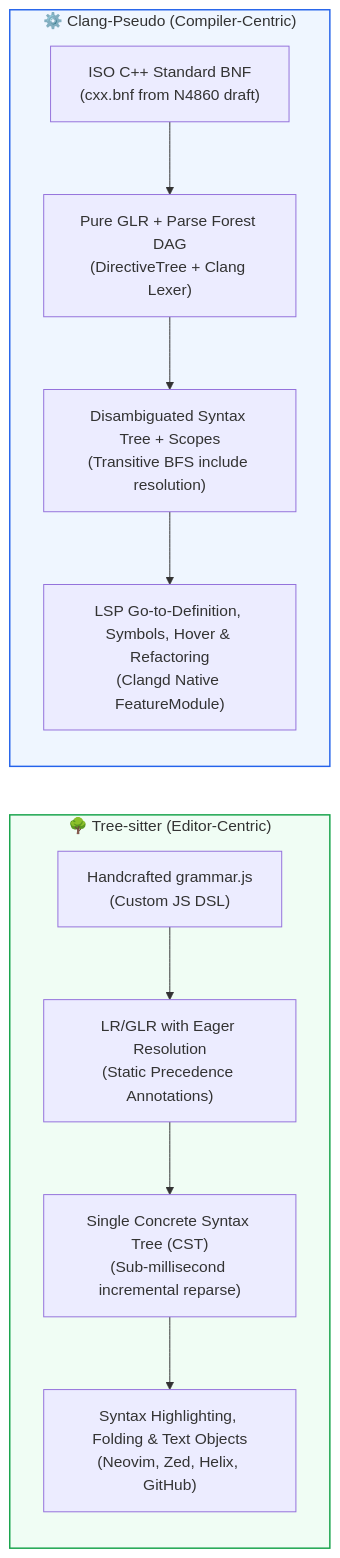
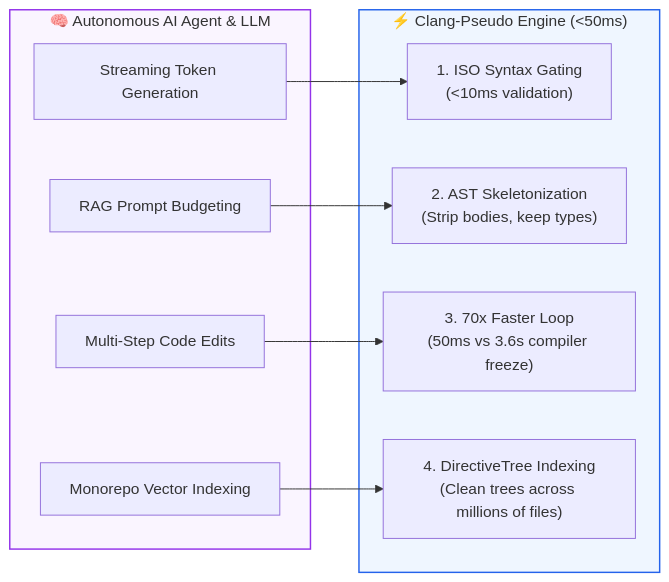
The third of 4 diagrams in clang-tools-extra/clangd/presentation_clangd_pseudoparser.md (ArcsinX/llvm-project), drawn with Mermaid before and after one commit. The commit also changed other lines of this file and 5 other files, not shown here.

````diff
--- a/clang-tools-extra/clangd/presentation_clangd_pseudoparser.md
+++ b/clang-tools-extra/clangd/presentation_clangd_pseudoparser.md
@@ -369,17 +243,24 @@
 ```mermaid
 flowchart LR
-    subgraph TreeSitter["🌳 Tree-sitter (Editor-Centric)"]
-        TSG["Handcrafted grammar.js\n(Custom JS DSL)"] --> TSP["LR/GLR with Eager Resolution\n(Static Precedence Annotations)"]
-        TSP --> TSCST["Single Concrete Syntax Tree (CST)\n(Sub-millisecond incremental reparse)"]
-        TSCST --> TSUse["Syntax Highlighting, Folding & Text Objects\n(Neovim, Zed, Helix, GitHub)"]
+    subgraph AI["🧠 Autonomous AI Agent & LLM"]
+        A1["Streaming Token Generation"]
+        A2["RAG Prompt Budgeting"]
+        A3["Multi-Step Code Edits"]
+        A4["Monorepo Vector Indexing"]
     end
 
-    subgraph ClangPseudo["⚙️ Clang-Pseudo (Compiler-Centric)"]
-        CPG["ISO C++ Standard BNF\n(cxx.bnf from N4860 draft)"] --> CPP["Pure GLR + Parse Forest DAG\n(DirectiveTree + Clang Lexer)"]
-        CPP --> CPCST["Disambiguated Syntax Tree + Scopes\n(Transitive BFS include resolution)"]
-        CPCST --> CPUse["LSP Go-to-Definition, Symbols, Hover & Refactoring\n(Clangd Native FeatureModule)"]
+    subgraph Engine["⚡ Clang-Pseudo Engine (&lt;50ms)"]
+        E1["1. ISO Syntax Gating\n(&lt;10ms validation)"]
+        E2["2. AST Skeletonization\n(Strip bodies, keep types)"]
+        E3["3. 70x Faster Loop\n(50ms vs 3.6s compiler freeze)"]
+        E4["4. DirectiveTree Indexing\n(Clean trees across millions of files)"]
     end
 
-    style TreeSitter fill:#f0fdf4,stroke:#16a34a,stroke-width:1.5px
-    style ClangPseudo fill:#eff6ff,stroke:#2563eb,stroke-width:1.5px
+    A1 --> E1
+    A2 --> E2
+    A3 --> E3
+    A4 --> E4
+
+    style AI fill:#faf5ff,stroke:#9333ea,stroke-width:1.5px
+    style Engine fill:#eff6ff,stroke:#2563eb,stroke-width:1.5px
 ```
````
